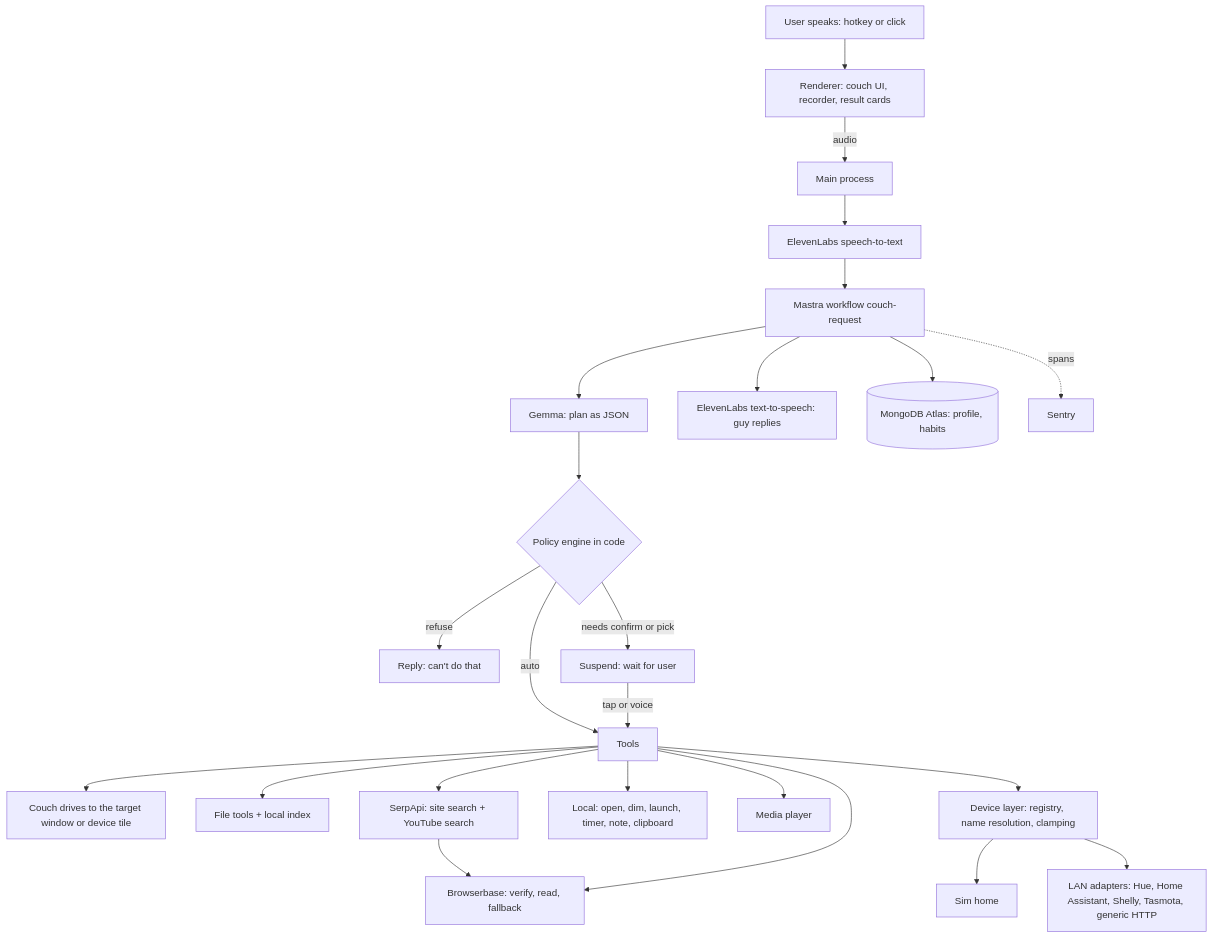
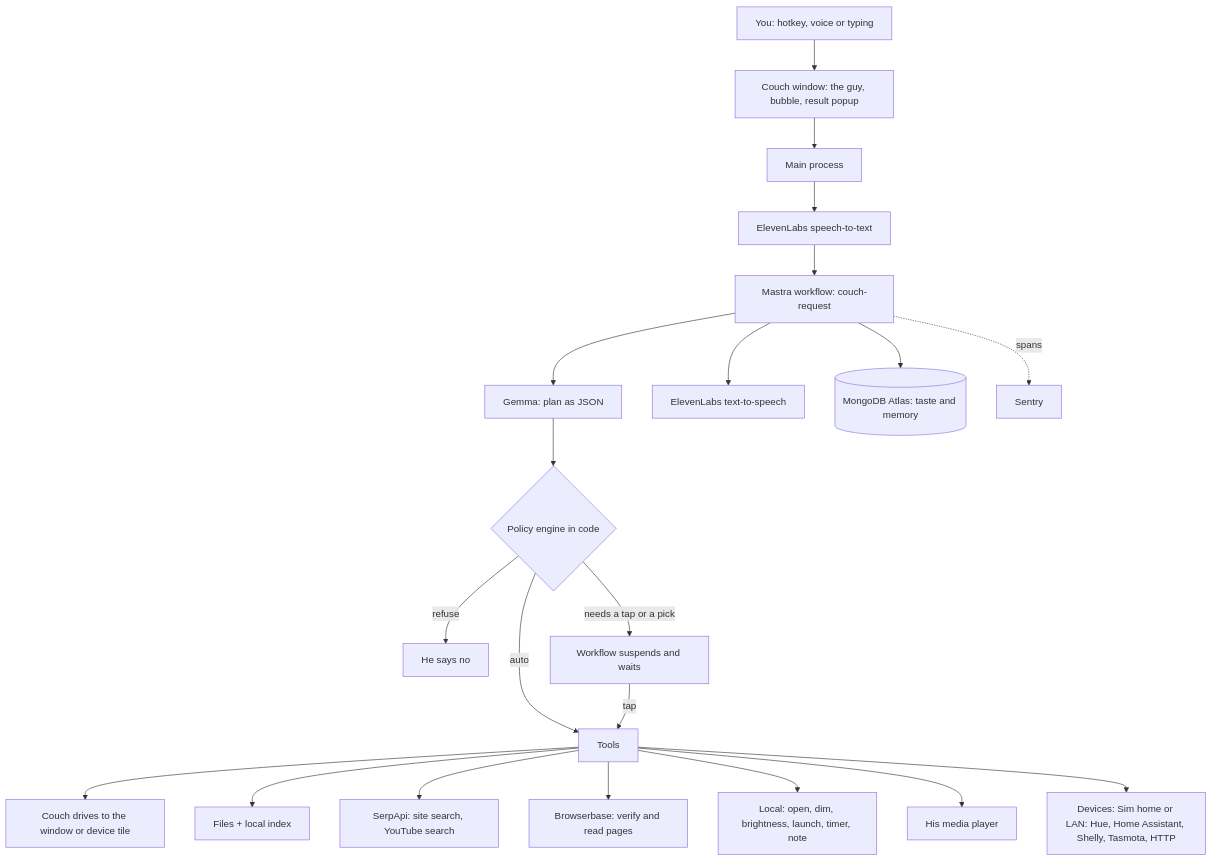
One commit to ronaksarda/couch changed the diagram in README.md. Above: the diagram before and after it, drawn with Mermaid. The commit also changed other lines of this file and 14 other files, not shown here.

````diff
--- a/README.md
+++ b/README.md
@@ -43,26 +135,23 @@
 ```mermaid
 graph TD
-    U[User speaks: hotkey or click] --> R[Renderer: couch UI, recorder, result cards]
-    R -->|audio| M[Main process]
+    U[You: hotkey, voice or typing] --> R[Couch window: the guy, bubble, result popup]
+    R --> M[Main process]
     M --> STT[ElevenLabs speech-to-text]
-    STT --> W[Mastra workflow couch-request]
+    STT --> W[Mastra workflow: couch-request]
     W --> G[Gemma: plan as JSON]
     G --> P{Policy engine in code}
-    P -->|refuse| X[Reply: can't do that]
+    P -->|refuse| X[He says no]
     P -->|auto| T[Tools]
-    P -->|needs confirm or pick| S[Suspend: wait for user]
-    S -->|tap or voice| T
-    T --> DR[Couch drives to the target window or device tile]
-    T --> F[File tools + local index]
-    T --> SP[SerpApi: site search + YouTube search]
-    SP --> B
-    T --> B[Browserbase: verify, read, fallback]
-    T --> L[Local: open, dim, launch, timer, note, clipboard]
-    T --> MD[Media player]
-    T --> DV[Device layer: registry, name resolution, clamping]
-    DV --> SIM[Sim home]
-    DV --> LAN[LAN adapters: Hue, Home Assistant, Shelly, Tasmota, generic HTTP]
-    W --> V[ElevenLabs text-to-speech: guy replies]
-    W --> DB[(MongoDB Atlas: profile, habits)]
+    P -->|needs a tap or a pick| S[Workflow suspends and waits]
+    S -->|tap| T
+    T --> DR[Couch drives to the window or device tile]
+    T --> F[Files + local index]
+    T --> SP[SerpApi: site search, YouTube search]
+    T --> B[Browserbase: verify and read pages]
+    T --> L[Local: open, dim, brightness, launch, timer, note]
+    T --> MD[His media player]
+    T --> DV[Devices: Sim home or LAN: Hue, Home Assistant, Shelly, Tasmota, HTTP]
+    W --> V[ElevenLabs text-to-speech]
+    W --> DB[(MongoDB Atlas: taste and memory)]
     W -. spans .-> SE[Sentry]
 ```
````
